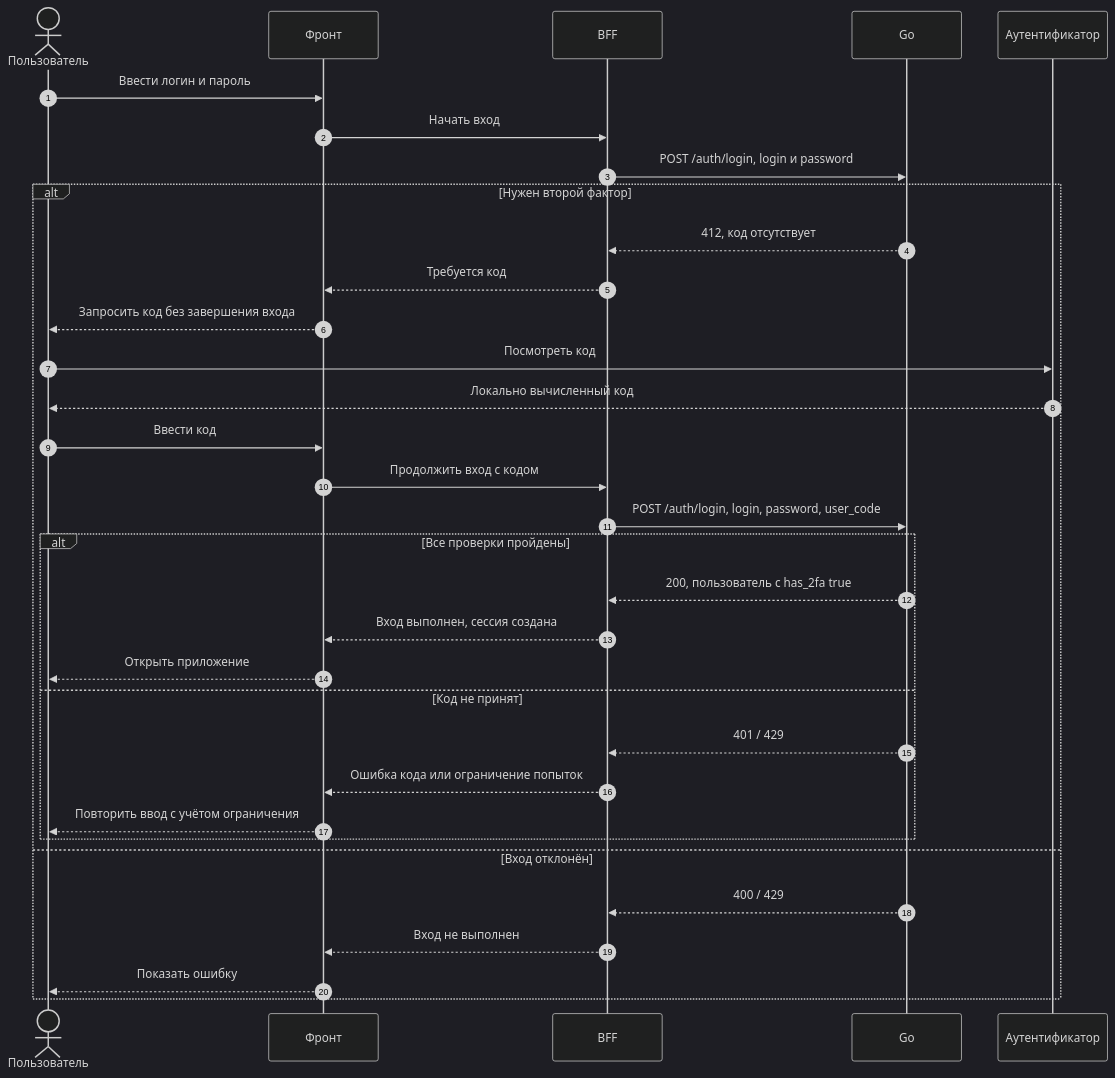
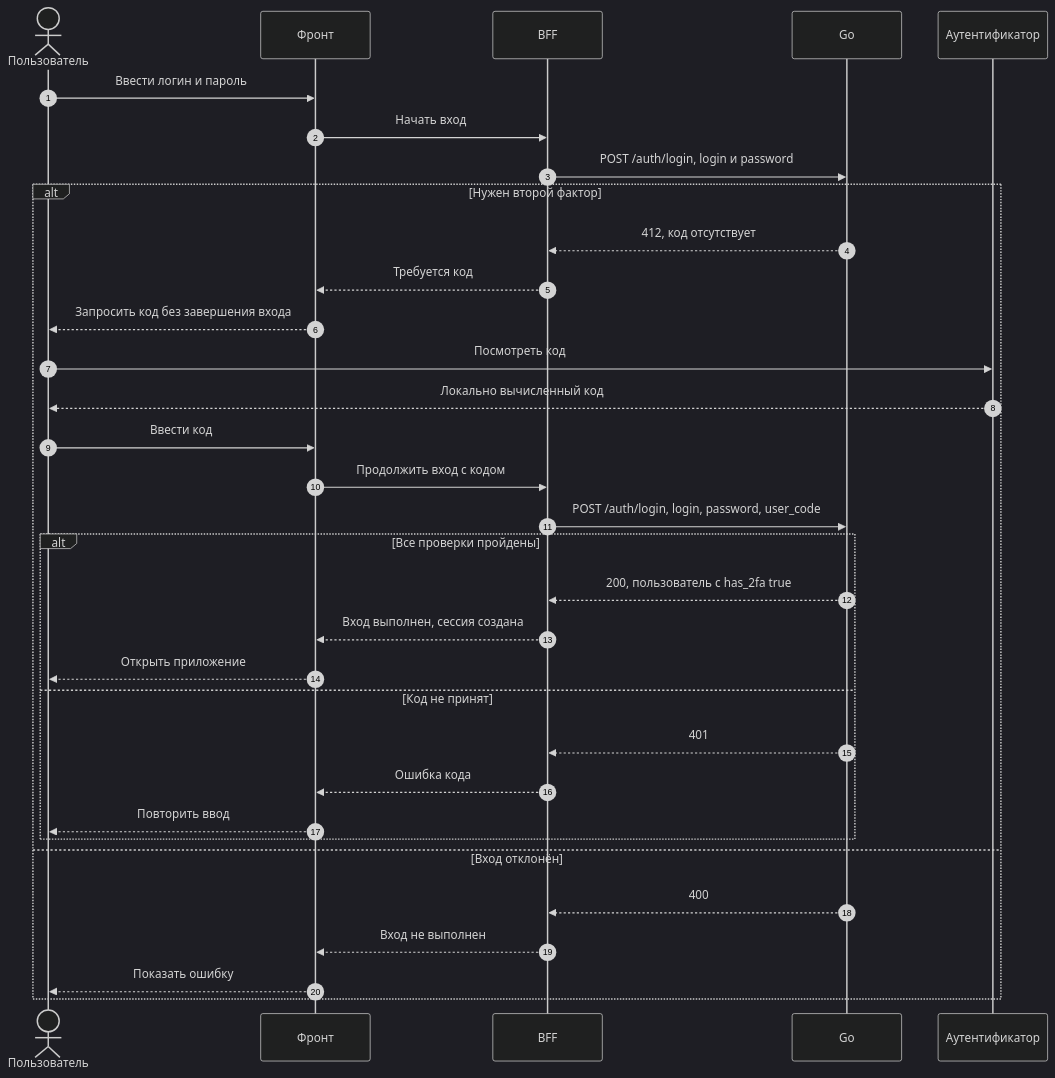
Before and after one commit to Cringe-Driven-Development-Team/docs: the second of 3 diagrams in site/modules/2/tracks/2fa-front.md, drawn with Mermaid (dark theme). The commit also changed other lines of this file and 4 other files, not shown here.

Commit message:
docs(2fa): убрать ограничения попыток ввода

````diff
--- a/site/modules/2/tracks/2fa-front.md
+++ b/site/modules/2/tracks/2fa-front.md
@@ -109,35 +109,35 @@
 ```mermaid
 sequenceDiagram
   autonumber
   actor User as Пользователь
   participant Front as Фронт
   participant BFF
   participant Go
   participant Auth as Аутентификатор
   User->>Front: Ввести логин и пароль
   Front->>BFF: Начать вход
   BFF->>Go: POST /auth/login, login и password
   alt Нужен второй фактор
     Go-->>BFF: 412, код отсутствует
     BFF-->>Front: Требуется код
     Front-->>User: Запросить код без завершения входа
     User->>Auth: Посмотреть код
     Auth-->>User: Локально вычисленный код
     User->>Front: Ввести код
     Front->>BFF: Продолжить вход с кодом
     BFF->>Go: POST /auth/login, login, password, user_code
     alt Все проверки пройдены
       Go-->>BFF: 200, пользователь с has_2fa true
       BFF-->>Front: Вход выполнен, сессия создана
       Front-->>User: Открыть приложение
     else Код не принят
-      Go-->>BFF: 401 / 429
-      BFF-->>Front: Ошибка кода или ограничение попыток
-      Front-->>User: Повторить ввод с учётом ограничения
+      Go-->>BFF: 401
+      BFF-->>Front: Ошибка кода
+      Front-->>User: Повторить ввод
     end
   else Вход отклонён
-    Go-->>BFF: 400 / 429
+    Go-->>BFF: 400
     BFF-->>Front: Вход не выполнен
     Front-->>User: Показать ошибку
   end
 ```
````
